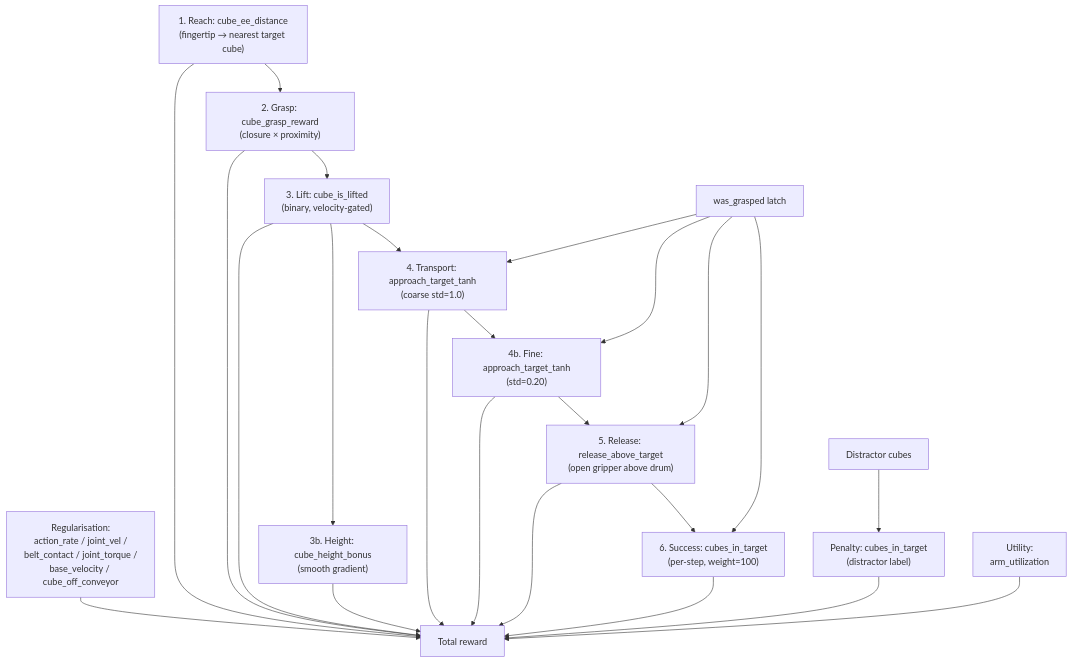
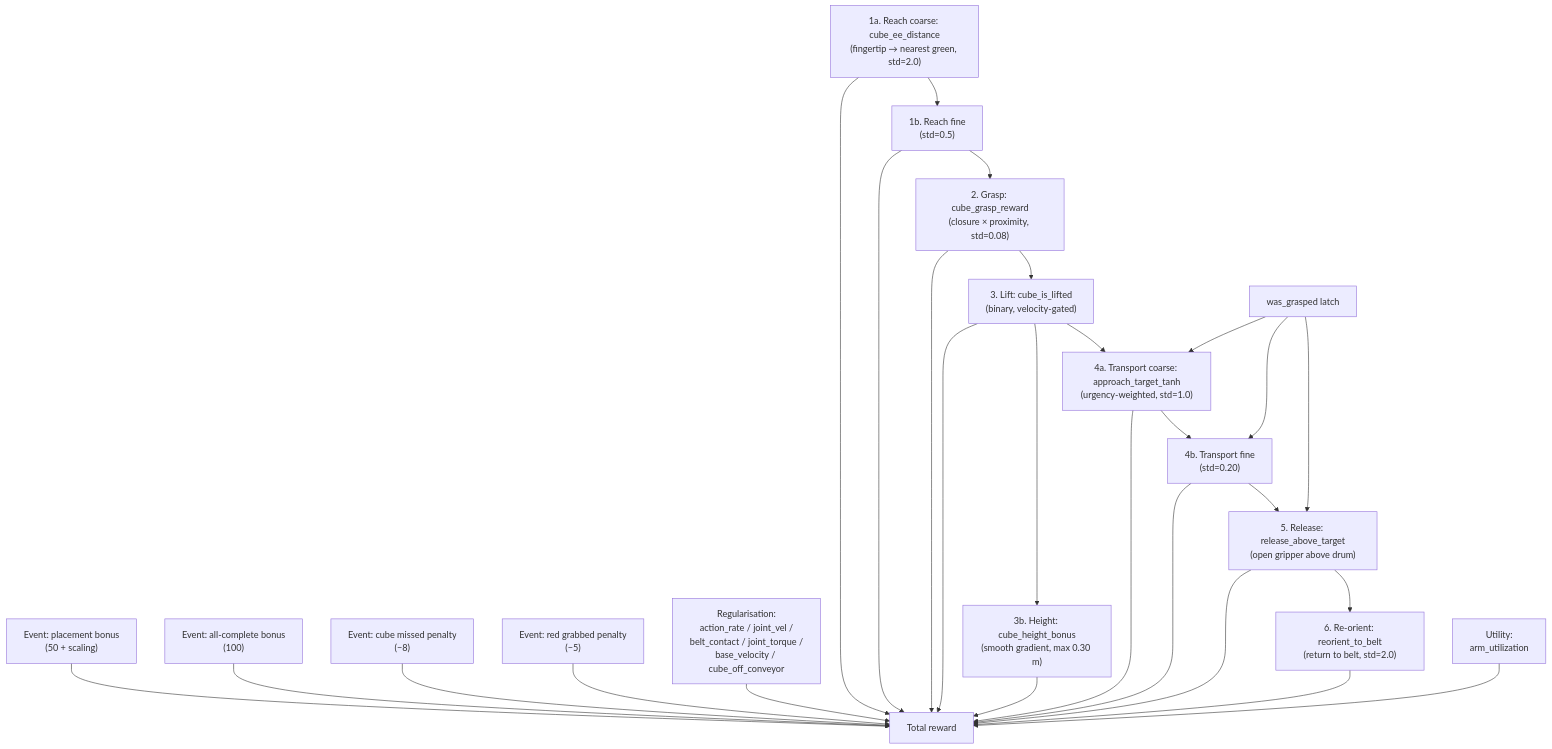
The diagram in src/tensegrity_pick/source/tensegrity_pick/tensegrity_pick/tasks/manager_based/cube_sort/README.md (gMey00/tendonbot-sim-rl), drawn with Mermaid before and after one commit. The commit also changed other lines of this file and 12 other files, not shown here.

First line of the commit message:
Refactor Cube Sort Task: Update README, Adjust Reward Structure, and Enhance Training Configuration

````diff
--- a/src/tensegrity_pick/source/tensegrity_pick/tensegrity_pick/tasks/manager_based/cube_sort/README.md
+++ b/src/tensegrity_pick/source/tensegrity_pick/tensegrity_pick/tasks/manager_based/cube_sort/README.md
@@ -124,18 +131,21 @@
 ```mermaid
 flowchart TD
-  A["1. Reach: cube_ee_distance\n(fingertip → nearest target cube)"] --> B["2. Grasp: cube_grasp_reward\n(closure × proximity)"]
+  A["1a. Reach coarse: cube_ee_distance\n(fingertip → nearest green, std=2.0)"] --> Af["1b. Reach fine\n(std=0.5)"]
+  Af --> B["2. Grasp: cube_grasp_reward\n(closure × proximity, std=0.08)"]
   B --> C["3. Lift: cube_is_lifted\n(binary, velocity-gated)"]
-  C --> D["3b. Height: cube_height_bonus\n(smooth gradient)"]
-  C --> E["4. Transport: approach_target_tanh\n(coarse std=1.0)"]
+  C --> D["3b. Height: cube_height_bonus\n(smooth gradient, max 0.30 m)"]
+  C --> E["4a. Transport coarse: approach_target_tanh\n(urgency-weighted, std=1.0)"]
   L[was_grasped latch] --> E
-  E --> F["4b. Fine: approach_target_tanh\n(std=0.20)"]
+  E --> F["4b. Transport fine\n(std=0.20)"]
   L --> F
   F --> G["5. Release: release_above_target\n(open gripper above drum)"]
   L --> G
-  G --> H["6. Success: cubes_in_target\n(per-step, weight=100)"]
-  L --> H
-  I[Distractor cubes] --> J["Penalty: cubes_in_target\n(distractor label)"]
-  K["Regularisation:\naction_rate / joint_vel /\nbelt_contact / joint_torque /\nbase_velocity / cube_off_conveyor"] --> M[Total reward]
-  A & B & C & D & E & F & G & H & J --> M
+  G --> H["6. Re-orient: reorient_to_belt\n(return to belt, std=2.0)"]
+  I["Event: placement bonus\n(50 + scaling)"] --> M[Total reward]
+  J["Event: all-complete bonus\n(100)"] --> M
+  K["Event: cube missed penalty\n(−8)"] --> M
+  P["Event: red grabbed penalty\n(−5)"] --> M
+  R["Regularisation:\naction_rate / joint_vel /\nbelt_contact / joint_torque /\nbase_velocity / cube_off_conveyor"] --> M
+  A & Af & B & C & D & E & F & G & H --> M
   N["Utility:\narm_utilization"] --> M
 ```
````
